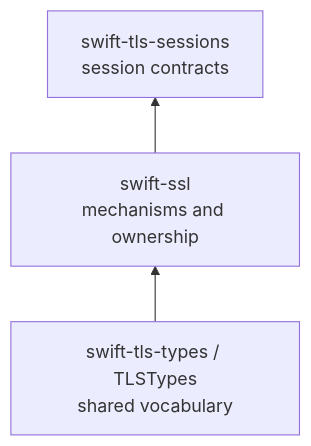
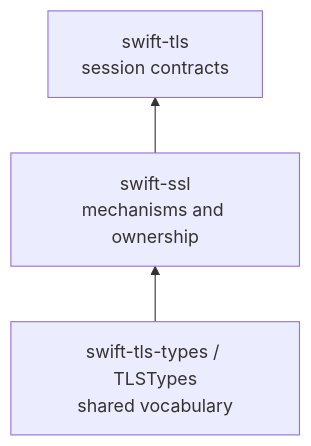
One commit to 1amageek/swift-ssl changed the diagram in docs/adr/0053-types-and-session-boundaries.md. Above: the diagram before and after it, drawn with Mermaid. The commit also changed other lines of this file and 4 other files, not shown here.

Commit message:
Document canonical swift-tls session layer

````diff
--- a/docs/adr/0053-types-and-session-boundaries.md
+++ b/docs/adr/0053-types-and-session-boundaries.md
@@ -11,5 +11,5 @@
 ```mermaid
 flowchart BT
     Types["swift-tls-types / TLSTypes\nshared vocabulary"] --> SSL["swift-ssl\nmechanisms and ownership"]
-    SSL --> Sessions["swift-tls-sessions\nsession contracts"]
+    SSL --> Sessions["swift-tls\nsession contracts"]
 ```
````
